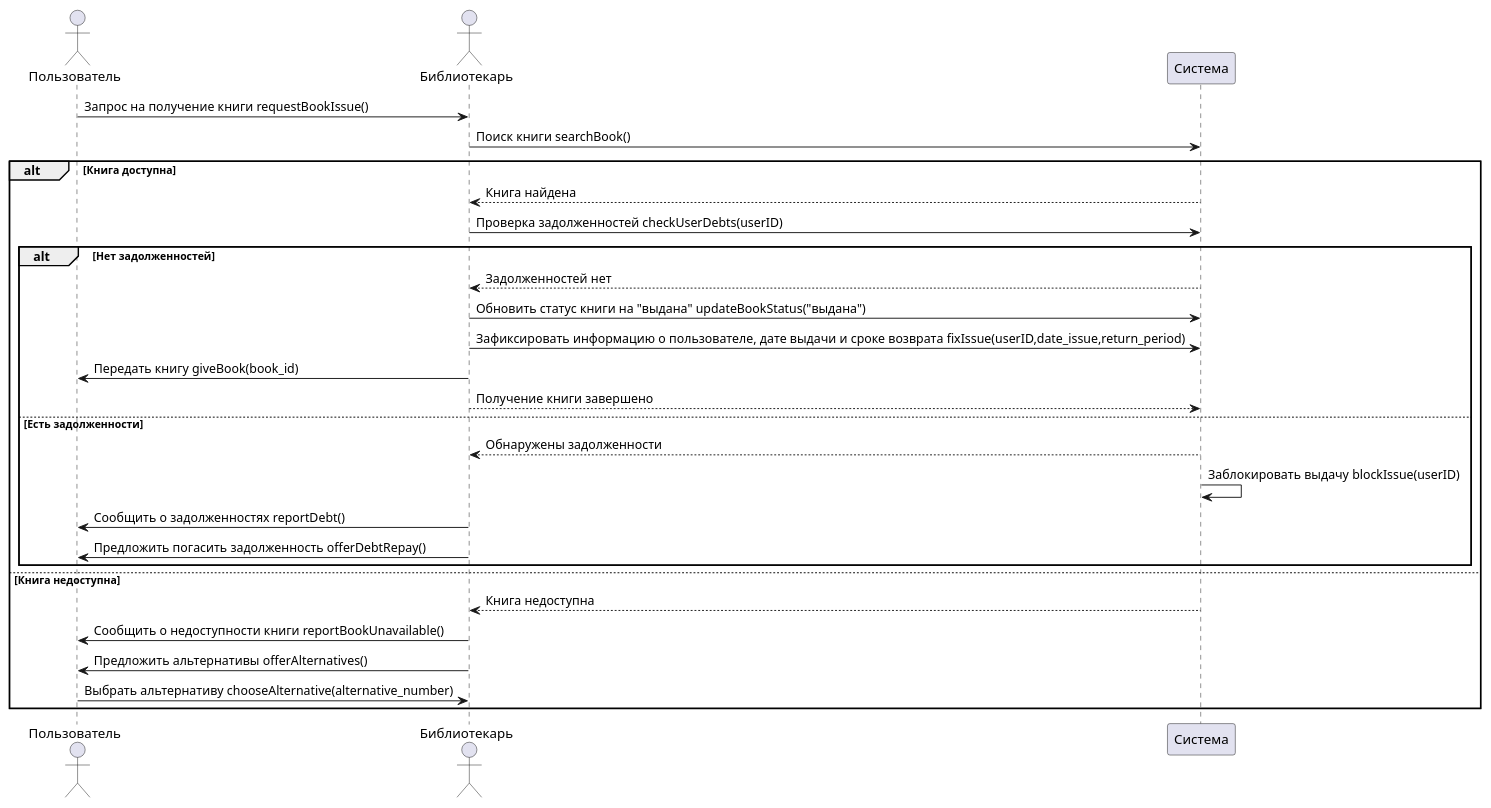
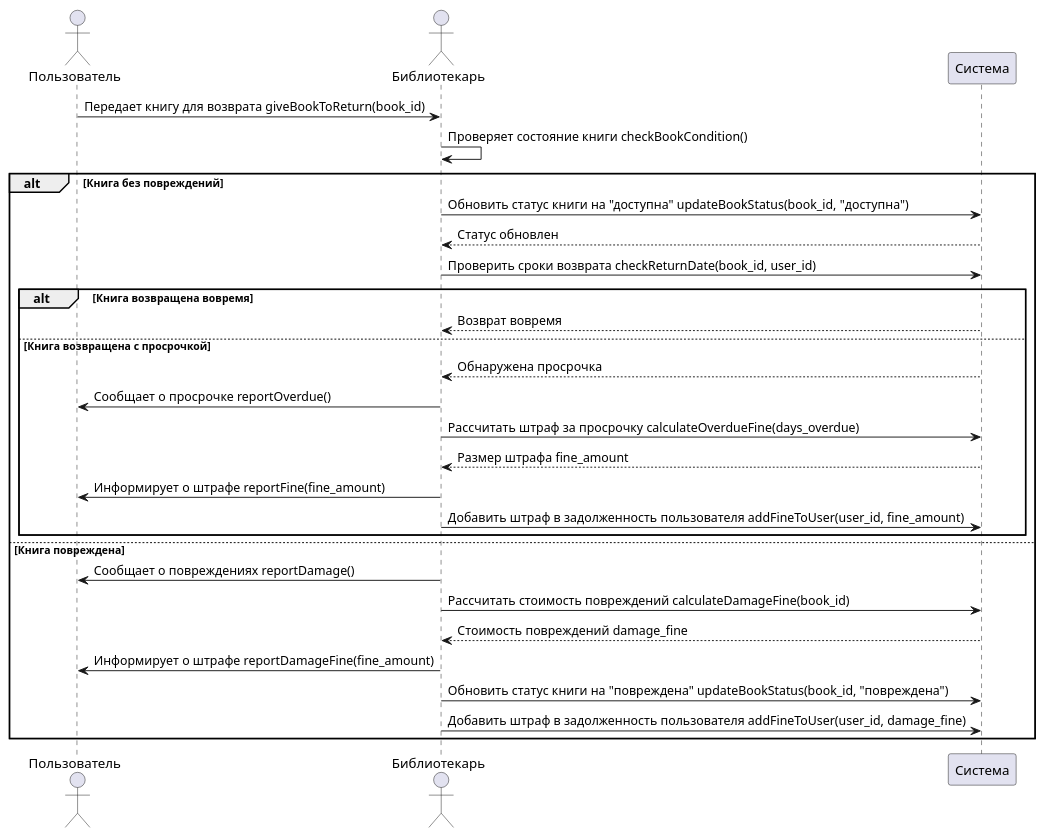
Before and after one commit to penamarth/bsbo-03-22_team1_var2: the diagram in Theory/Прецеденты/Выдача книги/выдача_книги_диаграмма.md, drawn with PlantUML.

```diff
--- a/Theory/Прецеденты/Выдача книги/выдача_книги_диаграмма.md
+++ b/Theory/Прецеденты/Выдача книги/выдача_книги_диаграмма.md
@@ -1,32 +1,33 @@
 @startuml
 
 actor Пользователь
 actor Библиотекарь
 participant Система
 
-Пользователь -> Библиотекарь : Запрос на получение книги requestBookIssue()
-Библиотекарь -> Система : Поиск книги searchBook()
-
-alt Книга доступна
-    Система --> Библиотекарь : Книга найдена
-    Библиотекарь -> Система : Проверка задолженностей checkUserDebts(userID)
-    alt Нет задолженностей
-        Система --> Библиотекарь : Задолженностей нет
-        Библиотекарь -> Система : Обновить статус книги на "выдана" updateBookStatus("выдана")
-        Библиотекарь -> Система : Зафиксировать информацию о пользователе, дате выдачи и сроке возврата fixIssue(userID,date_issue,return_period)
-        Библиотекарь -> Пользователь : Передать книгу giveBook(book_id)
-        Библиотекарь --> Система : Получение книги завершено
-    else Есть задолженности
-        Система --> Библиотекарь : Обнаружены задолженности
-	Система -> Система : Заблокировать выдачу blockIssue(userID)
-        Библиотекарь -> Пользователь : Сообщить о задолженностях reportDebt()
-        Библиотекарь -> Пользователь : Предложить погасить задолженность offerDebtRepay()
+Пользователь -> Библиотекарь : Передает книгу для возврата giveBookToReturn(book_id)
+Библиотекарь -> Библиотекарь : Проверяет состояние книги checkBookСondition()
+alt Книга без повреждений
+    Библиотекарь -> Система : Обновить статус книги на "доступна" updateBookStatus(book_id, "доступна")
+    Система --> Библиотекарь : Статус обновлен
+    Библиотекарь -> Система : Проверить сроки возврата checkReturnDate(book_id, user_id)
+    alt Книга возвращена вовремя
+        Система --> Библиотекарь : Возврат вовремя
+    else Книга возвращена с просрочкой
+        Система --> Библиотекарь : Обнаружена просрочка
+        Библиотекарь -> Пользователь : Сообщает о просрочке reportOverdue()
+        Библиотекарь -> Система : Рассчитать штраф за просрочку calculateOverdueFine(days_overdue)
+        Система --> Библиотекарь : Размер штрафа fine_amount
+        Библиотекарь -> Пользователь : Информирует о штрафе reportFine(fine_amount)
+        Библиотекарь -> Система : Добавить штраф в задолженность пользователя addFineToUser(user_id, fine_amount)
     end
-else Книга недоступна
-    Система --> Библиотекарь : Книга недоступна
-    Библиотекарь -> Пользователь : Сообщить о недоступности книги reportBookUnavailable()
-    Библиотекарь -> Пользователь : Предложить альтернативы offerAlternatives()
-    Пользователь -> Библиотекарь : Выбрать альтернативу chooseAlternative(alternative_number)
+else Книга повреждена
+    Библиотекарь -> Пользователь : Сообщает о повреждениях reportDamage()
+    Библиотекарь -> Система : Рассчитать стоимость повреждений calculateDamageFine(book_id)
+    Система --> Библиотекарь : Стоимость повреждений damage_fine
+    Библиотекарь -> Пользователь : Информирует о штрафе reportDamageFine(fine_amount)
+    Библиотекарь -> Система : Обновить статус книги на "повреждена" updateBookStatus(book_id, "повреждена")
+    Библиотекарь -> Система : Добавить штраф в задолженность пользователя addFineToUser(user_id, damage_fine)
 end
 
+
 @enduml
```
